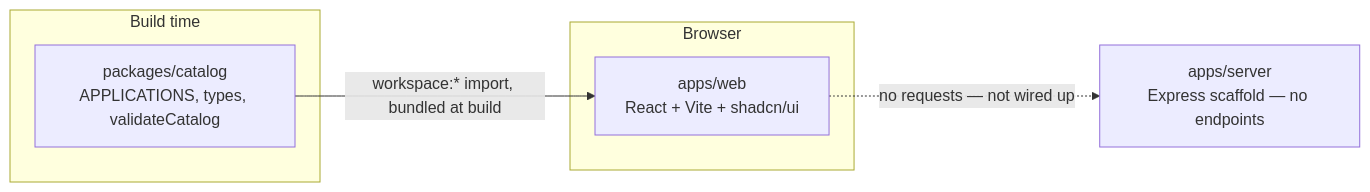
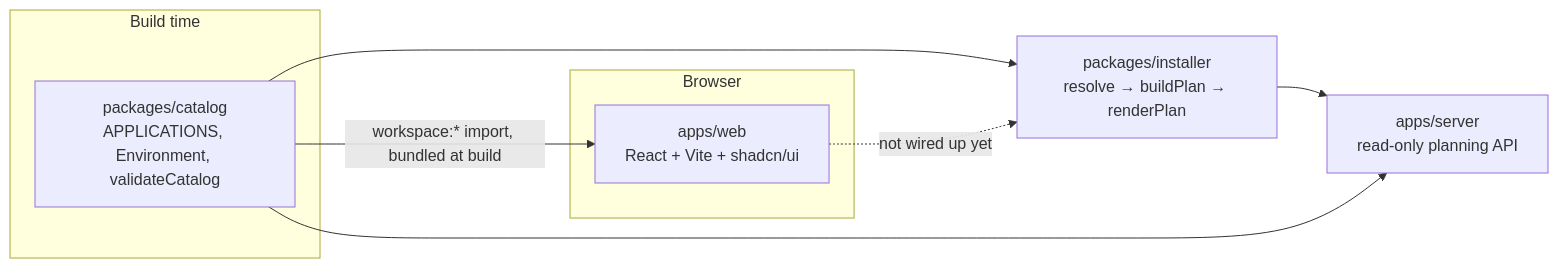
Before and after one commit to AbhiDevepl/ConfigShell: the second of 2 diagrams in docs/architecture.md, drawn with Mermaid. The commit also changed other lines of this file and 62 other files, not shown here.

````diff
--- a/docs/architecture.md
+++ b/docs/architecture.md
@@ -74,13 +74,17 @@
 ```mermaid
 flowchart LR
     subgraph browser["Browser"]
         WEB["apps/web<br/>React + Vite + shadcn/ui"]
     end
     subgraph build["Build time"]
-        CATALOG["packages/catalog<br/>APPLICATIONS, types, validateCatalog"]
+        CATALOG["packages/catalog<br/>APPLICATIONS, Environment, validateCatalog"]
     end
-    SERVER["apps/server<br/>Express scaffold — no endpoints"]
+    INSTALLER["packages/installer<br/>resolve → buildPlan → renderPlan"]
+    SERVER["apps/server<br/>read-only planning API"]
 
     CATALOG -- "workspace:* import, bundled at build" --> WEB
-    WEB -. "no requests — not wired up" .-> SERVER
+    CATALOG --> INSTALLER
+    INSTALLER --> SERVER
+    CATALOG --> SERVER
+    WEB -. "not wired up yet" .-> INSTALLER
 ```
````
